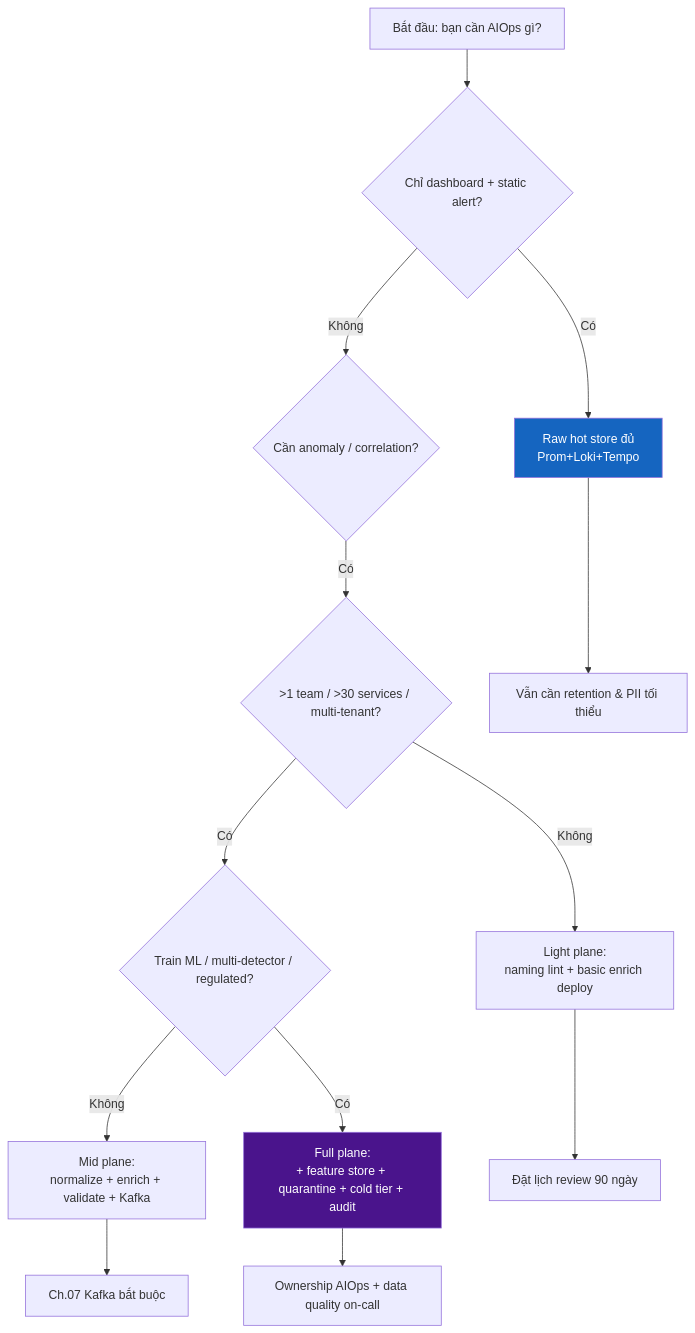
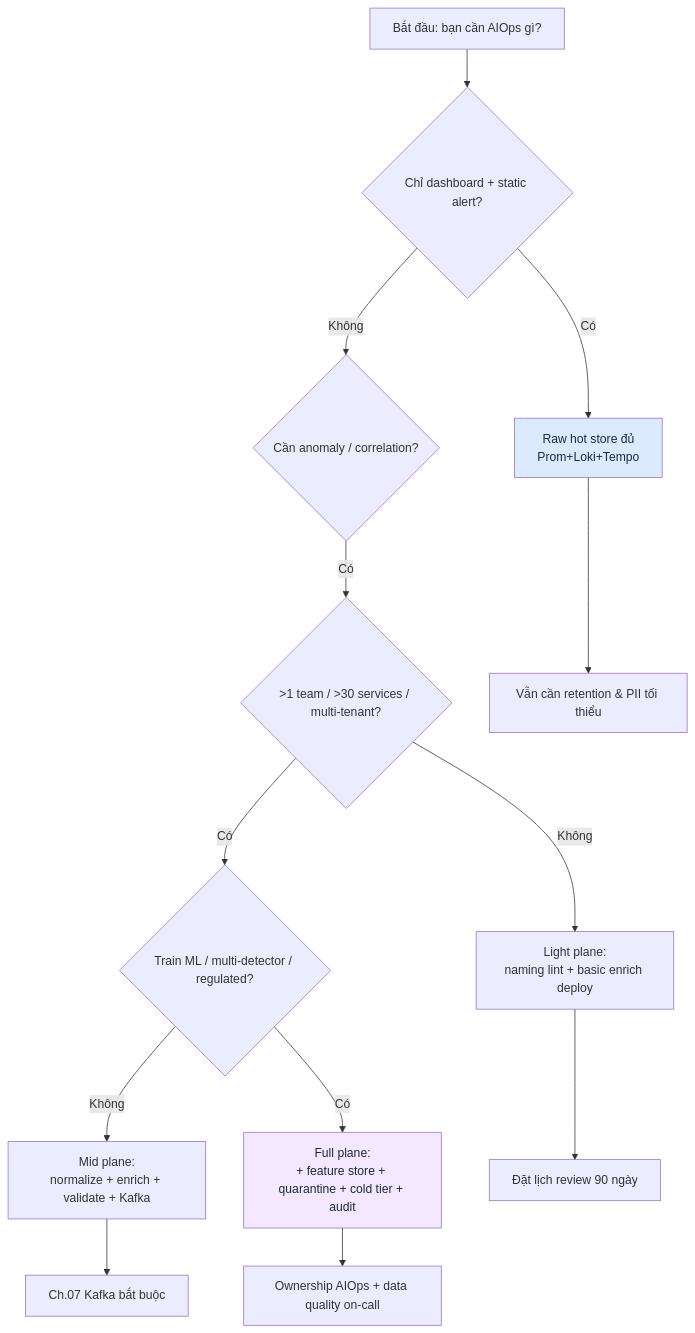
One commit to XUanhoa04/aiops-engineering-handbook changed the fourth of 16 diagrams in docs/vi/06-data-plane/README.vi.md. Above: the diagram before and after it, drawn with Mermaid. The commit also changed other lines of this file and 39 other files, not shown here.

First line of the commit message:
docs: concept-first Ch.08-12, collapse code, soft Mermaid colors

````diff
--- a/docs/vi/06-data-plane/README.vi.md
+++ b/docs/vi/06-data-plane/README.vi.md
@@ -270,18 +270,18 @@
 ```mermaid
 flowchart TD
     START[Bắt đầu: bạn cần AIOps gì?] --> Q1{Chỉ dashboard + static alert?}
     Q1 -->|Có| RAW[Raw hot store đủ<br/>Prom+Loki+Tempo]
     Q1 -->|Không| Q2{Cần anomaly / correlation?}
     Q2 -->|Có| Q3{>1 team / >30 services / multi-tenant?}
     Q3 -->|Không| LIGHT[Light plane:<br/>naming lint + basic enrich deploy]
     Q3 -->|Có| Q4{Train ML / multi-detector / regulated?}
     Q4 -->|Không| MID[Mid plane:<br/>normalize + enrich + validate + Kafka]
     Q4 -->|Có| FULL[Full plane:<br/>+ feature store + quarantine + cold tier + audit]
     RAW --> NOTE1[Vẫn cần retention & PII tối thiểu]
     LIGHT --> NOTE2[Đặt lịch review 90 ngày]
     MID --> NOTE3[Ch.07 Kafka bắt buộc]
     FULL --> NOTE4[Ownership AIOps + data quality on-call]
 
-    style FULL fill:#4a148c,color:#fff
-    style RAW fill:#1565c0,color:#fff
+    style FULL fill:#f3e8ff,color:#1e293b
+    style RAW fill:#dbeafe,color:#1e293b
 ```
````
